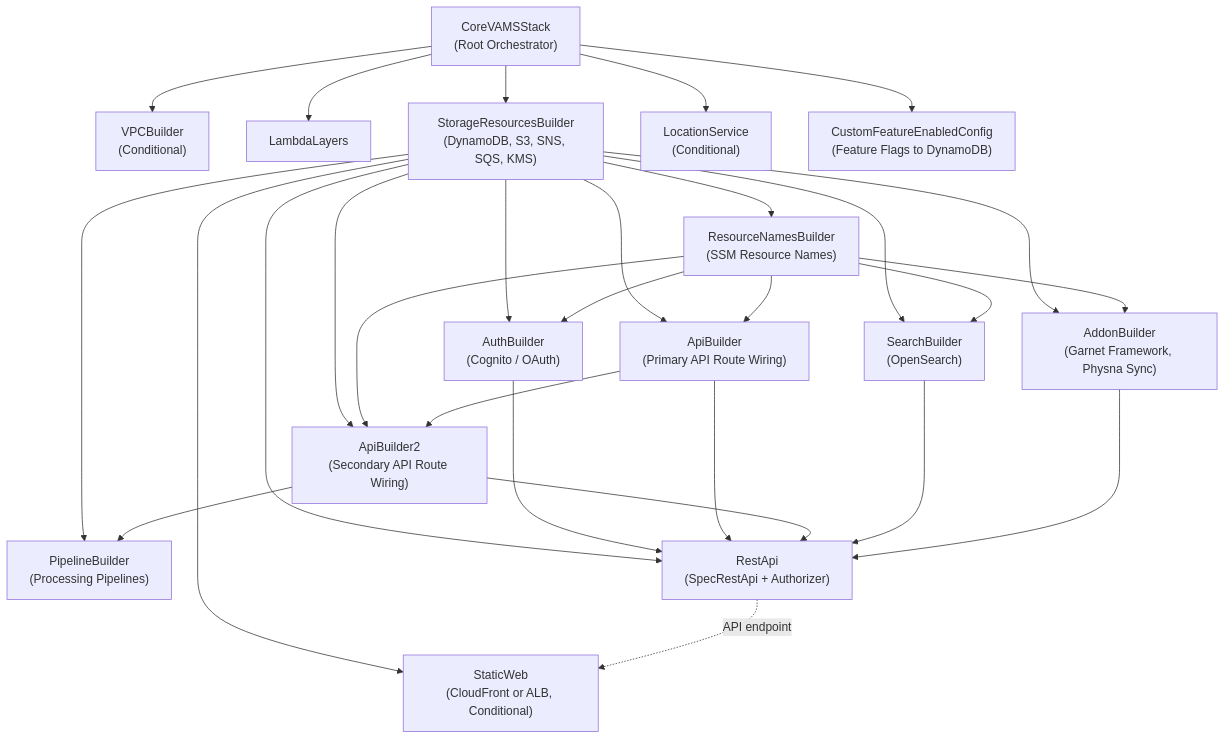
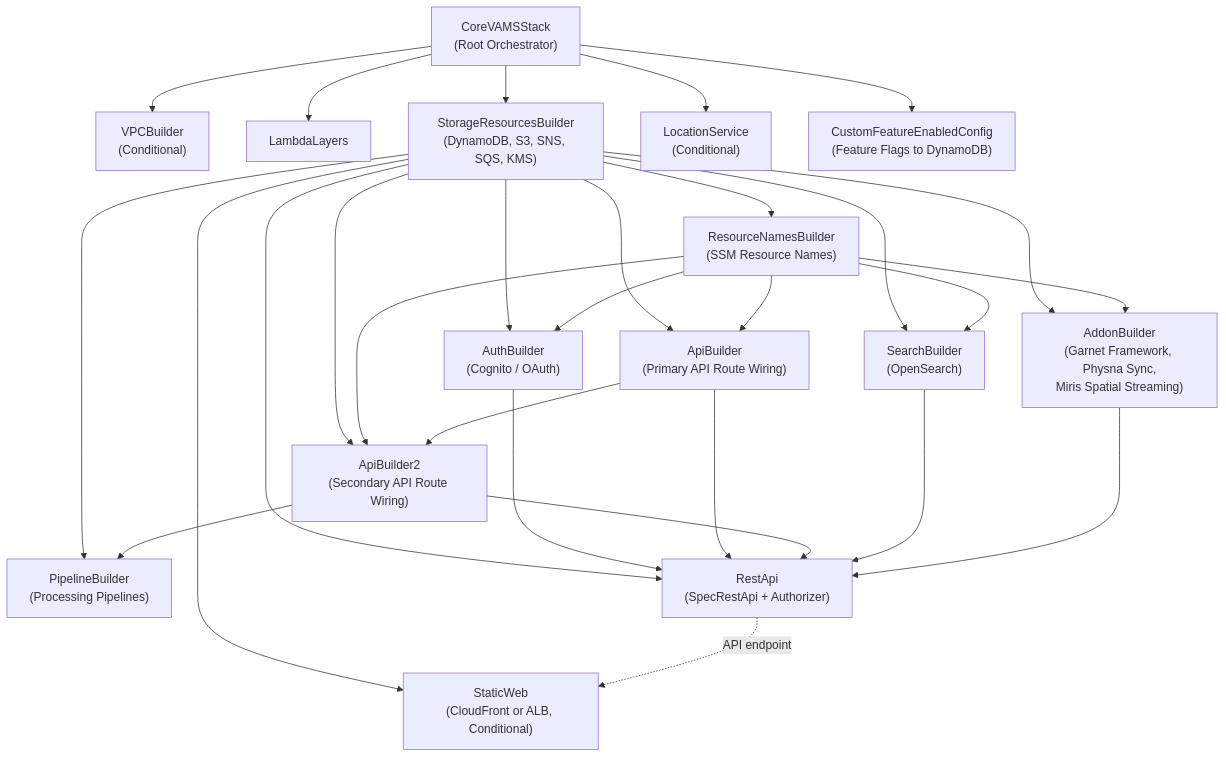
Before and after one commit to kellan-cartledge-miris/visual-asset-management-system: the third of 3 diagrams in documentation/docusaurus-site/docs/architecture/overview.md, drawn with Mermaid. The commit also changed 38 other files, not shown here.

First line of the commit message:
docs(miris): document the Miris Spatial Streaming add-on and upload pipeline

````diff
--- a/documentation/docusaurus-site/docs/architecture/overview.md
+++ b/documentation/docusaurus-site/docs/architecture/overview.md
@@ -132,46 +132,46 @@
 ```mermaid
 graph TD
     Core["CoreVAMSStack<br/>(Root Orchestrator)"]
     VPC["VPCBuilder<br/>(Conditional)"]
     Layers["LambdaLayers"]
     Storage["StorageResourcesBuilder<br/>(DynamoDB, S3, SNS, SQS, KMS)"]
     Names["ResourceNamesBuilder<br/>(SSM Resource Names)"]
     Auth["AuthBuilder<br/>(Cognito / OAuth)"]
     APIBuilder["ApiBuilder<br/>(Primary API Route Wiring)"]
     APIBuilder2["ApiBuilder2<br/>(Secondary API Route Wiring)"]
     Search["SearchBuilder<br/>(OpenSearch)"]
     Pipelines["PipelineBuilder<br/>(Processing Pipelines)"]
-    Addons["AddonBuilder<br/>(Garnet Framework, Physna Sync)"]
+    Addons["AddonBuilder<br/>(Garnet Framework, Physna Sync,<br/>Miris Spatial Streaming)"]
     API["RestApi<br/>(SpecRestApi + Authorizer)"]
     StaticWeb["StaticWeb<br/>(CloudFront or ALB, Conditional)"]
     Location["LocationService<br/>(Conditional)"]
     Features["CustomFeatureEnabledConfig<br/>(Feature Flags to DynamoDB)"]
 
     Core --> VPC
     Core --> Layers
     Core --> Storage
     Core --> Location
     Core --> Features
     Storage --> Names
     Storage --> Auth
     Names --> Auth
     Storage --> APIBuilder
     Names --> APIBuilder
     Storage --> APIBuilder2
     Names --> APIBuilder2
     APIBuilder --> APIBuilder2
     Storage --> Search
     Names --> Search
     Storage --> Pipelines
     APIBuilder2 --> Pipelines
     Storage --> Addons
     Names --> Addons
     Storage --> API
     Auth --> API
     APIBuilder --> API
     APIBuilder2 --> API
     Search --> API
     Addons --> API
     Storage --> StaticWeb
     API -.->|API endpoint| StaticWeb
 ```
````
